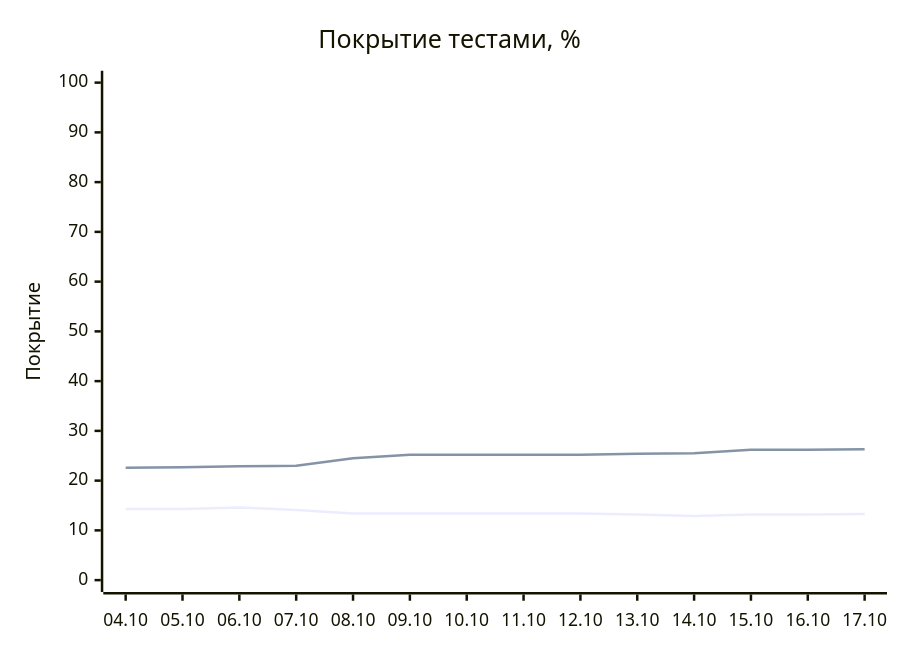
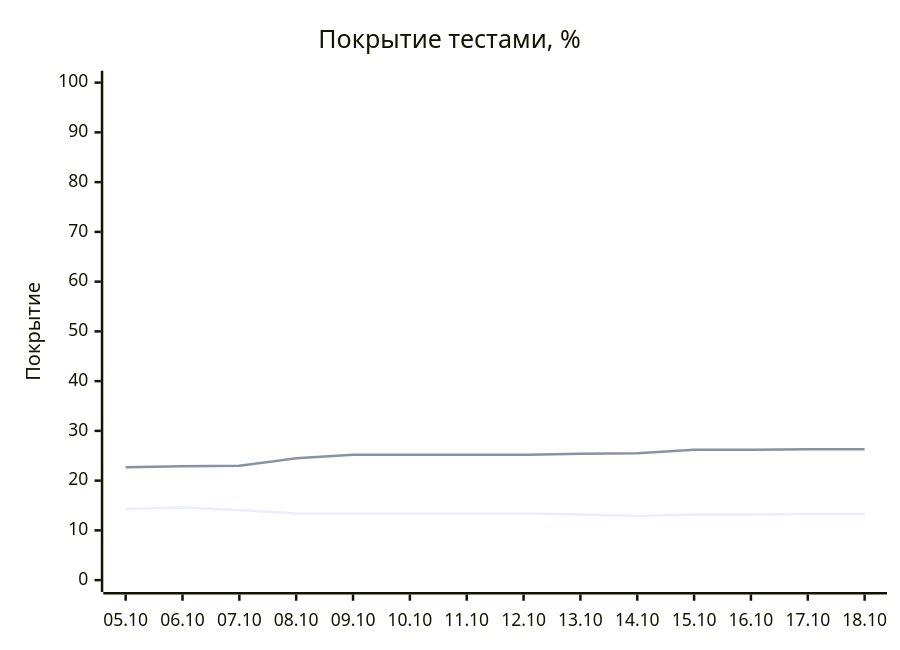
The diagram in README.md (EvgeniBondarev/coverage-report), drawn with Mermaid before and after one commit. The commit also changed other lines of this file and 3097 other files, not shown here.

````diff
--- a/README.md
+++ b/README.md
@@ -19,8 +19,8 @@
 ```mermaid
 xychart-beta
     title "Покрытие тестами, %"
-    x-axis ["04.10", "05.10", "06.10", "07.10", "08.10", "09.10", "10.10", "11.10", "12.10", "13.10", "14.10", "15.10", "16.10", "17.10"]
+    x-axis ["05.10", "06.10", "07.10", "08.10", "09.10", "10.10", "11.10", "12.10", "13.10", "14.10", "15.10", "16.10", "17.10", "18.10"]
     y-axis "Покрытие" 0 --> 100
-    line [14.3, 14.3, 14.6, 14.1, 13.4, 13.4, 13.4, 13.4, 13.4, 13.2, 12.9, 13.2, 13.2, 13.3]
-    line [22.6, 22.7, 22.9, 23, 24.5, 25.2, 25.2, 25.2, 25.2, 25.4, 25.5, 26.2, 26.2, 26.3]
+    line [14.3, 14.6, 14.1, 13.4, 13.4, 13.4, 13.4, 13.4, 13.2, 12.9, 13.2, 13.2, 13.3, 13.3]
+    line [22.7, 22.9, 23, 24.5, 25.2, 25.2, 25.2, 25.2, 25.4, 25.5, 26.2, 26.2, 26.3, 26.3]
 ```
````
